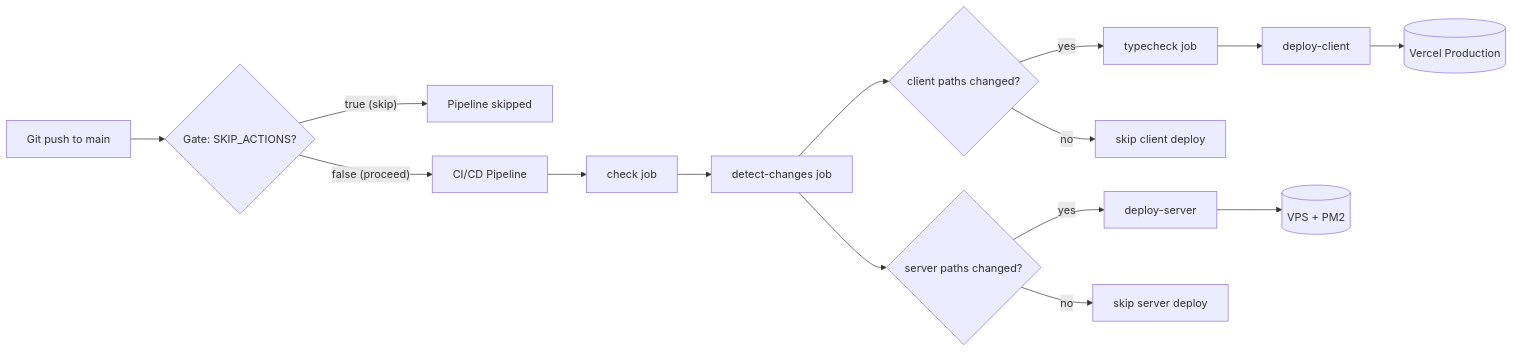
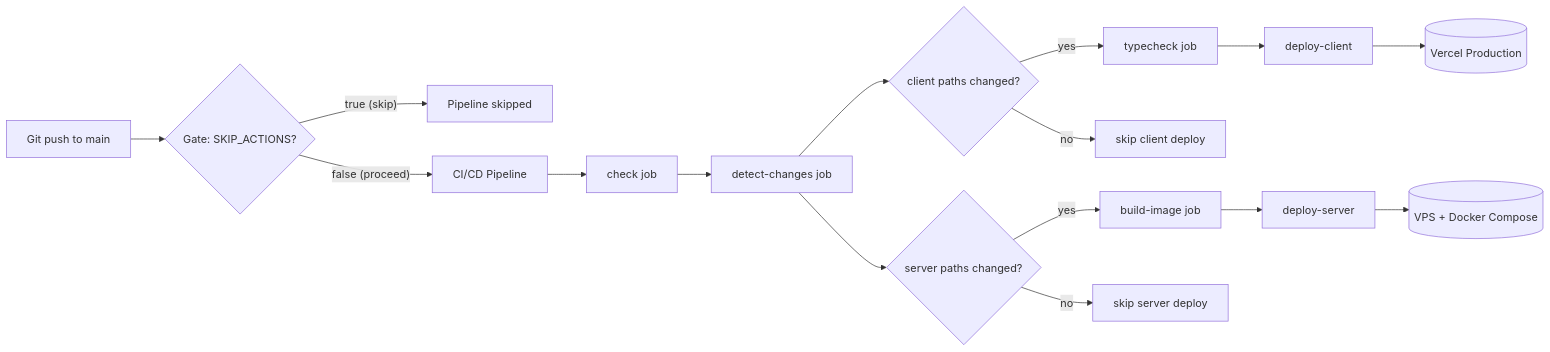
The first of 6 diagrams in docs/architecture/CI_CD_PIPELINE_ARCHITECTURE.md (IamDevTrivedi/Trimium), drawn with Mermaid before and after one commit. The commit also changed other lines of this file and 20 other files, not shown here.

First line of the commit message:
feat(server): dockerize + GHCR deploy with :current/:live rollback (#161)

````diff
--- a/docs/architecture/CI_CD_PIPELINE_ARCHITECTURE.md
+++ b/docs/architecture/CI_CD_PIPELINE_ARCHITECTURE.md
@@ -20,24 +20,25 @@
 ```mermaid
 flowchart LR
     A[Git push to main] --> B{Gate: SKIP_ACTIONS?}
     B -- "true (skip)" --> Z[Pipeline skipped]
     B -- "false (proceed)" --> C[CI/CD Pipeline]
 
     C --> D[check job]
 
     D --> E[detect-changes job]
 
     E --> F{client paths changed?}
     E --> G{server paths changed?}
 
     F -- yes --> H[typecheck job]
     F -- no --> I[skip client deploy]
 
     H --> J[deploy-client]
     J --> K[(Vercel Production)]
 
-    G -- yes --> L[deploy-server]
+    G -- yes --> L[build-image job]
     G -- no --> M[skip server deploy]
 
-    L --> N[(VPS + PM2)]
+    L --> N[deploy-server]
+    N --> O[(VPS + Docker Compose)]
 ```
````
